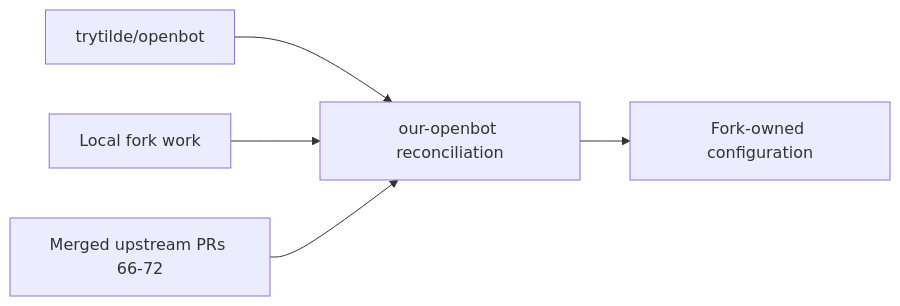
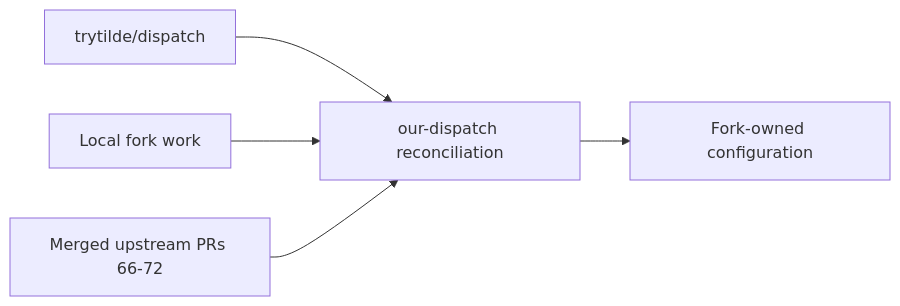
One commit to trytilde/our-dispatch changed the diagram in docs/updates/2.md. Above: the diagram before and after it, drawn with Mermaid. The commit also changed 50 other files, not shown here.

````diff
--- a/docs/updates/2.md
+++ b/docs/updates/2.md
@@ -9,7 +9,7 @@
 ```mermaid
 flowchart LR
-  U[trytilde/openbot] --> F[our-openbot reconciliation]
+  U[trytilde/dispatch] --> F[our-dispatch reconciliation]
   L[Local fork work] --> F
   P[Merged upstream PRs 66-72] --> F
   F --> C[Fork-owned configuration]
 ```
````
